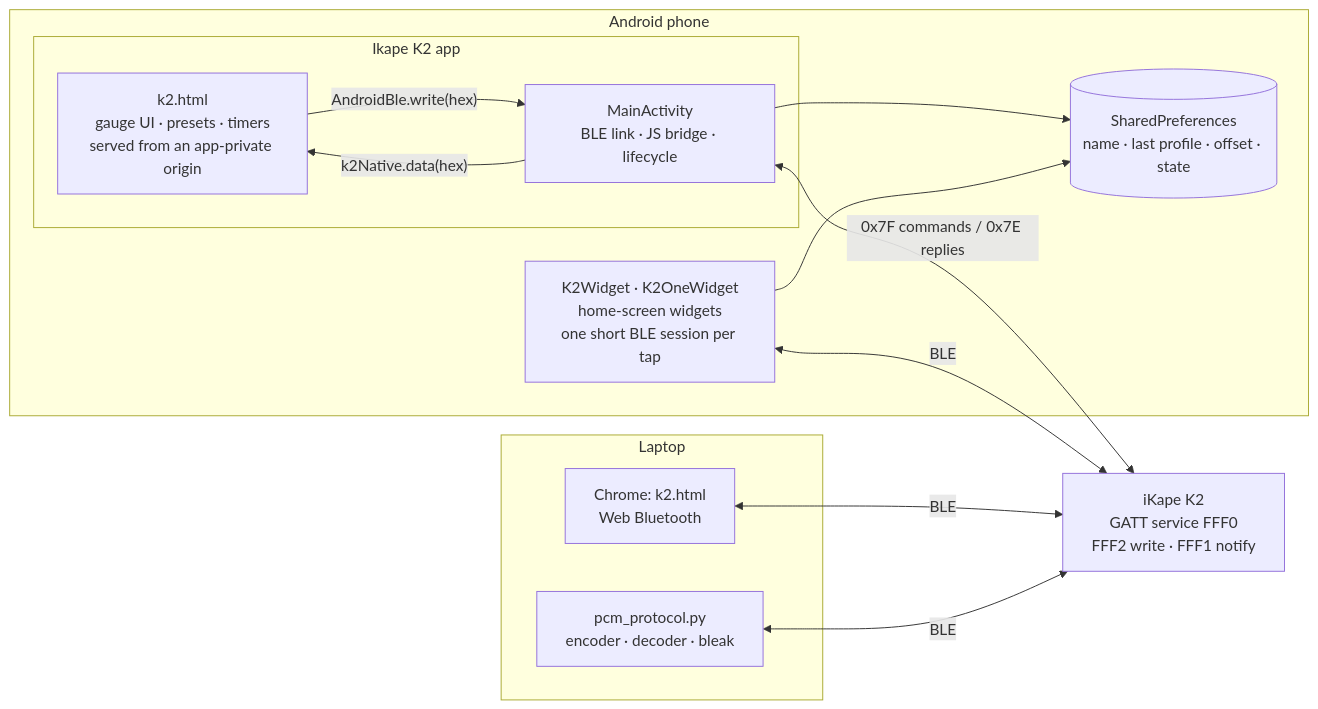
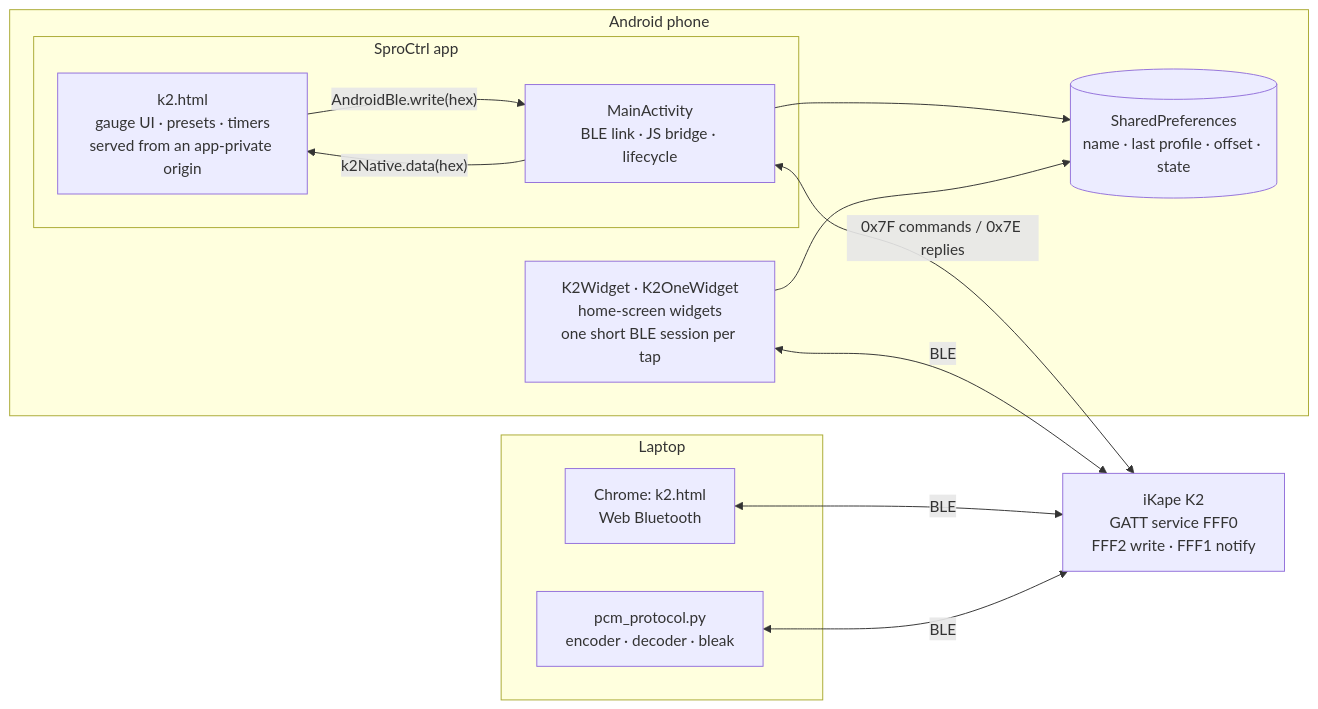
The first of 2 diagrams in README.md (nyx-ulrix/SproControl), drawn with Mermaid before and after one commit. The commit also changed other lines of this file and 6 other files, not shown here.

First line of the commit message:
1.0.1: direct connect to the remembered address, widget spinners while searching, app name SproCtrl

````diff
--- a/README.md
+++ b/README.md
@@ -80,24 +80,24 @@
 ```mermaid
 flowchart LR
   subgraph Phone["Android phone"]
-    subgraph App["Ikape K2 app"]
+    subgraph App["SproCtrl app"]
       UI["k2.html<br/>gauge UI · presets · timers<br/>served from an app-private origin"]
       MA["MainActivity<br/>BLE link · JS bridge · lifecycle"]
       UI -- "AndroidBle.write(hex)" --> MA
       MA -- "k2Native.data(hex)" --> UI
     end
     W["K2Widget · K2OneWidget<br/>home-screen widgets<br/>one short BLE session per tap"]
     P[("SharedPreferences<br/>name · last profile · offset · state")]
     MA --> P
     W --> P
   end
   K2["iKape K2<br/>GATT service FFF0<br/>FFF2 write · FFF1 notify"]
   MA <-- "0x7F commands / 0x7E replies" --> K2
   W <-- "BLE" --> K2
   subgraph Laptop
     B["Chrome: k2.html<br/>Web Bluetooth"]
     PY["pcm_protocol.py<br/>encoder · decoder · bleak"]
   end
   B <-- "BLE" --> K2
   PY <-- "BLE" --> K2
 ```
````
